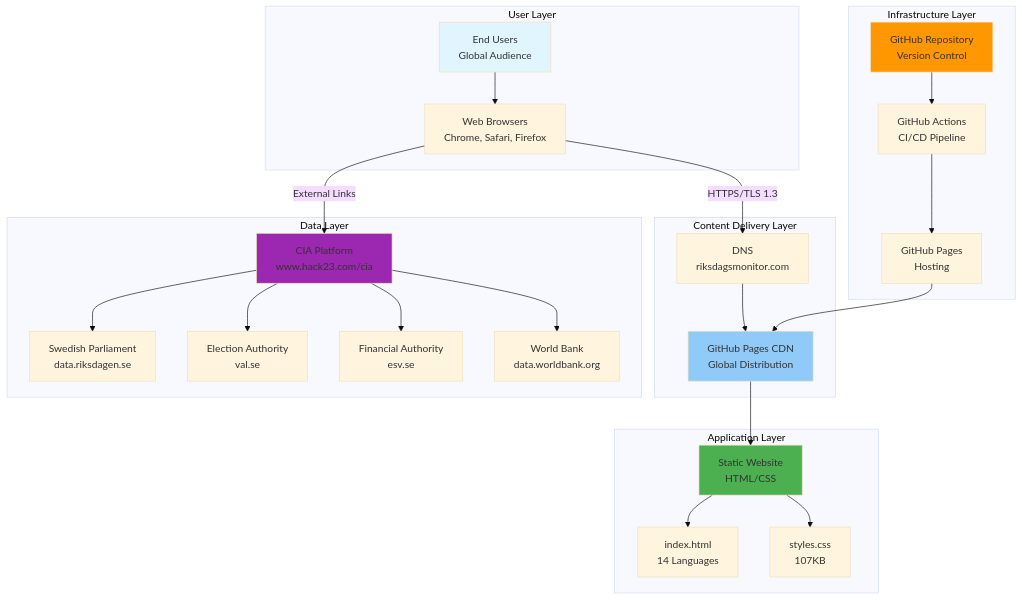
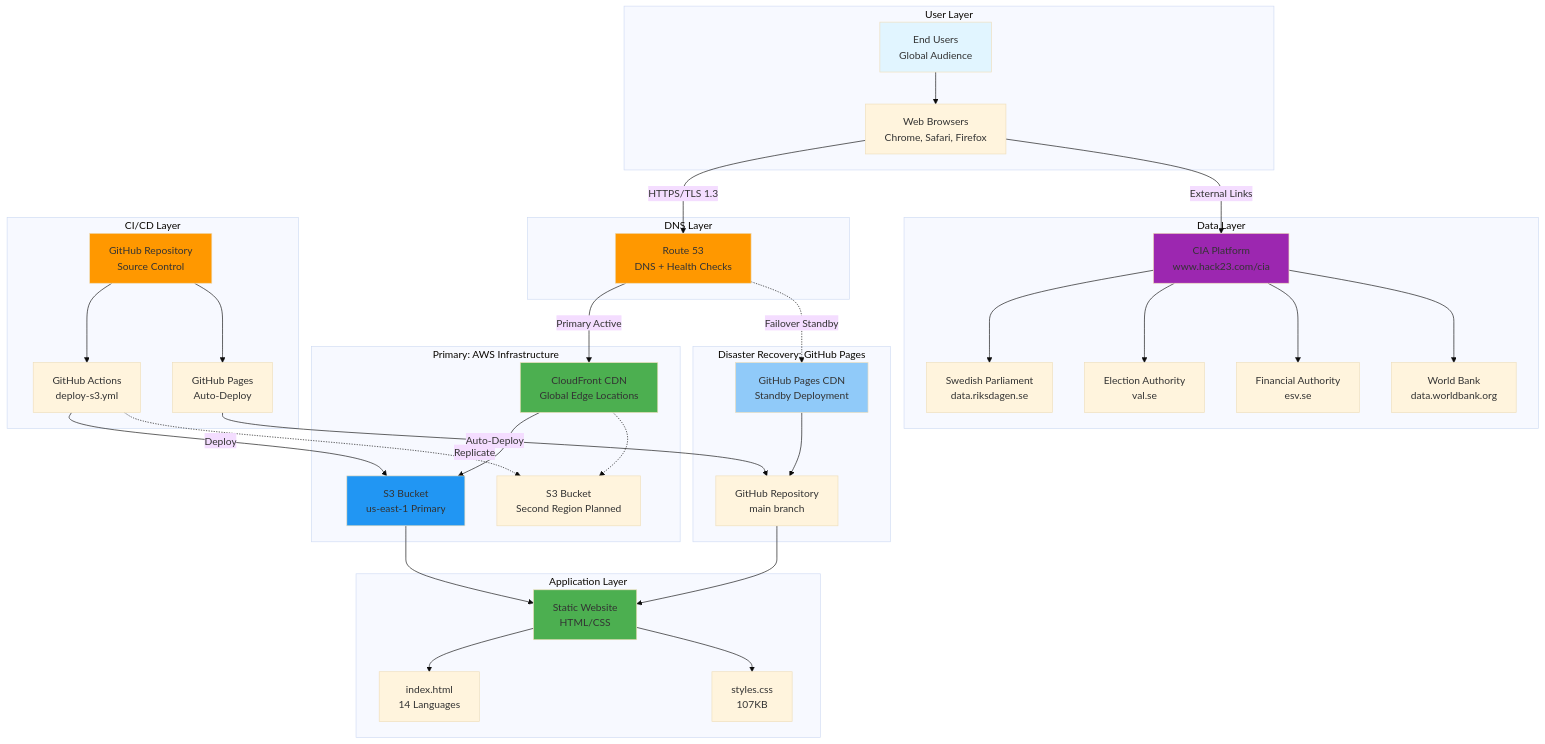
Before and after one commit to Hack23/riksdagsmonitor: the first of 11 diagrams in ARCHITECTURE.md, drawn with Mermaid (base theme). The commit also changed other lines of this file and 1 other file, not shown here.

Commit message:
Add BCPPlan.md and update ARCHITECTURE.md for AWS dual-deployment

````diff
--- a/ARCHITECTURE.md
+++ b/ARCHITECTURE.md
@@ -16,55 +16,77 @@
 ```mermaid
 graph TB
     subgraph "User Layer"
         Users[End Users<br/>Global Audience]
         Browsers[Web Browsers<br/>Chrome, Safari, Firefox]
     end
     
-    subgraph "Content Delivery Layer"
-        CDN[GitHub Pages CDN<br/>Global Distribution]
-        DNS[DNS<br/>riksdagsmonitor.com]
+    subgraph "DNS Layer"
+        Route53[Route 53<br/>DNS + Health Checks]
+    end
+    
+    subgraph "Primary: AWS Infrastructure"
+        CF[CloudFront CDN<br/>Global Edge Locations]
+        S3US[S3 Bucket<br/>us-east-1 Primary]
+        S3EU[S3 Bucket<br/>Second Region Planned]
+    end
+    
+    subgraph "Disaster Recovery: GitHub Pages"
+        GHCDN[GitHub Pages CDN<br/>Standby Deployment]
+        GHRepo[GitHub Repository<br/>main branch]
     end
     
     subgraph "Application Layer"
         Static[Static Website<br/>HTML/CSS]
         Index[index.html<br/>14 Languages]
         Styles[styles.css<br/>107KB]
     end
     
     subgraph "Data Layer"
         CIA[CIA Platform<br/>www.hack23.com/cia]
         Riksdag[Swedish Parliament<br/>data.riksdagen.se]
         Val[Election Authority<br/>val.se]
         ESV[Financial Authority<br/>esv.se]
         WB[World Bank<br/>data.worldbank.org]
     end
     
-    subgraph "Infrastructure Layer"
-        GitHub[GitHub Repository<br/>Version Control]
-        Actions[GitHub Actions<br/>CI/CD Pipeline]
-        Pages[GitHub Pages<br/>Hosting]
+    subgraph "CI/CD Layer"
+        GitHub[GitHub Repository<br/>Source Control]
+        ActionsAWS[GitHub Actions<br/>deploy-s3.yml]
+        ActionsGH[GitHub Pages<br/>Auto-Deploy]
     end
     
     Users --> Browsers
-    Browsers -->|HTTPS/TLS 1.3| DNS
-    DNS --> CDN
-    CDN --> Static
+    Browsers -->|HTTPS/TLS 1.3| Route53
+    Route53 -->|Primary Active| CF
+    Route53 -.->|Failover Standby| GHCDN
+    
+    CF --> S3US
+    CF -.-> S3EU
+    GHCDN --> GHRepo
+    
+    S3US --> Static
+    GHRepo --> Static
     Static --> Index
     Static --> Styles
     
     Browsers -->|External Links| CIA
     CIA --> Riksdag
     CIA --> Val
     CIA --> ESV
     CIA --> WB
     
-    GitHub --> Actions
-    Actions --> Pages
-    Pages --> CDN
+    GitHub --> ActionsAWS
+    GitHub --> ActionsGH
+    ActionsAWS -->|Deploy| S3US
+    ActionsAWS -.->|Replicate| S3EU
+    ActionsGH -->|Auto-Deploy| GHRepo
     
     style Users fill:#e1f5ff
-    style CDN fill:#90caf9
+    style Route53 fill:#ff9800
+    style CF fill:#4caf50
+    style S3US fill:#2196f3
+    style GHCDN fill:#90caf9
     style Static fill:#4caf50
     style CIA fill:#9c27b0
     style GitHub fill:#ff9800
 ```
````
